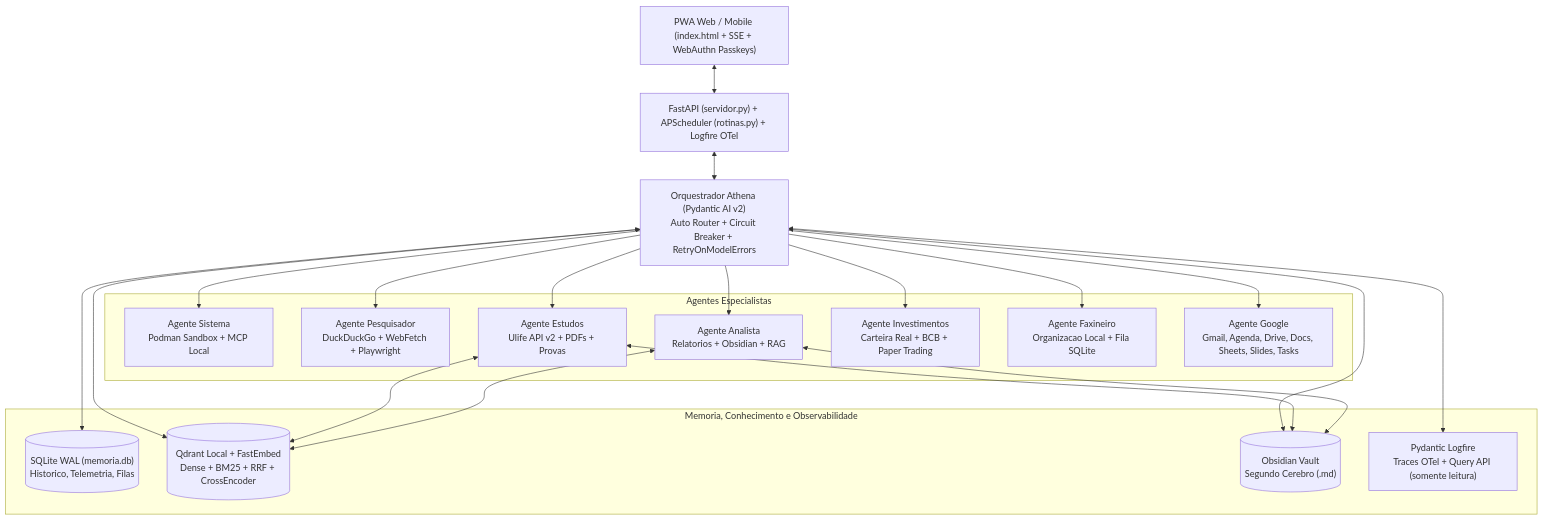
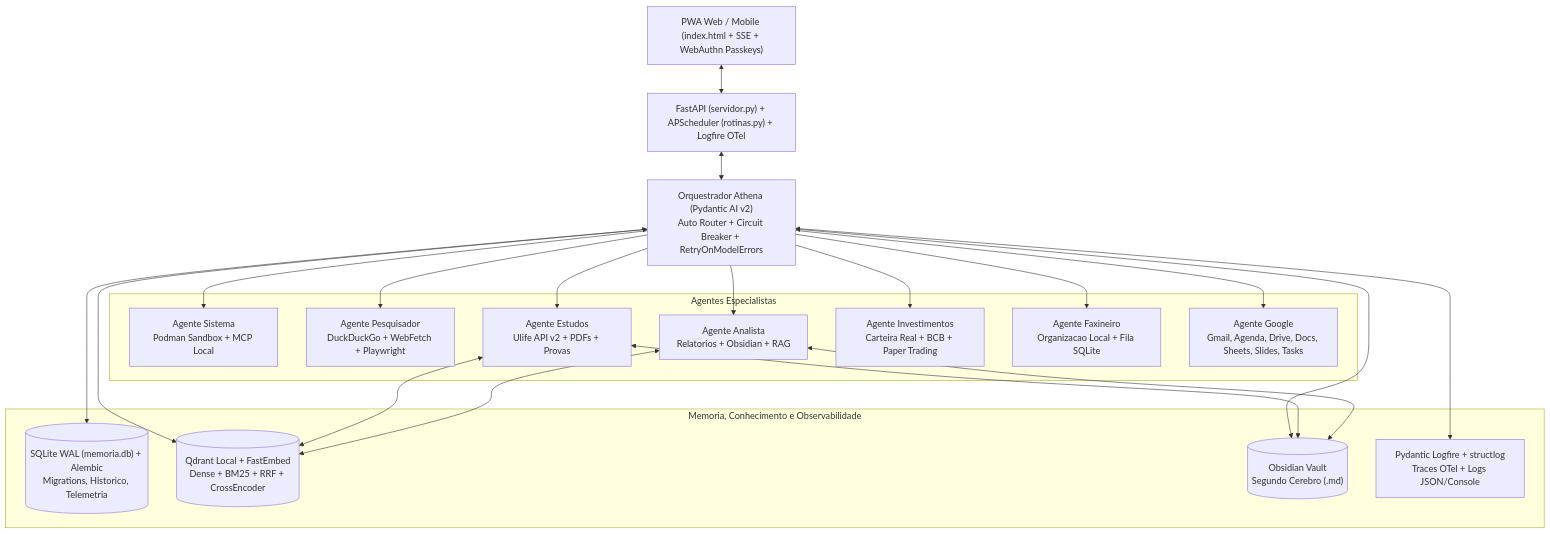
The diagram in README.md (williamdunbar1/athena), drawn with Mermaid before and after one commit. The commit also changed other lines of this file and 12 other files, not shown here.

Commit message:
feat: add structlog OpenTelemetry logging and Alembic SQLite migrations

````diff
--- a/README.md
+++ b/README.md
@@ -14,29 +14,29 @@
 ```mermaid
 flowchart TB
     UI["PWA Web / Mobile (index.html + SSE + WebAuthn Passkeys)"]
     API["FastAPI (servidor.py) + APScheduler (rotinas.py) + Logfire OTel"]
     ORQ["Orquestrador Athena (Pydantic AI v2)\nAuto Router + Circuit Breaker + RetryOnModelErrors"]
 
     subgraph Especialistas["Agentes Especialistas"]
         SYS["Agente Sistema\nPodman Sandbox + MCP Local"]
         PESQ["Agente Pesquisador\nDuckDuckGo + WebFetch + Playwright"]
         ANA["Agente Analista\nRelatorios + Obsidian + RAG"]
         EST["Agente Estudos\nUlife API v2 + PDFs + Provas"]
         INV["Agente Investimentos\nCarteira Real + BCB + Paper Trading"]
         FAX["Agente Faxineiro\nOrganizacao Local + Fila SQLite"]
         GOOG["Agente Google\nGmail, Agenda, Drive, Docs, Sheets, Slides, Tasks"]
     end
 
     subgraph Dados["Memoria, Conhecimento e Observabilidade"]
-        DB[("SQLite WAL (memoria.db)\nHistorico, Telemetria, Filas")]
+        DB[("SQLite WAL (memoria.db) + Alembic\nMigrations, Historico, Telemetria")]
         RAG[("Qdrant Local + FastEmbed\nDense + BM25 + RRF + CrossEncoder")]
         VAULT[("Obsidian Vault\nSegundo Cerebro (.md)")]
-        LF["Pydantic Logfire\nTraces OTel + Query API (somente leitura)"]
+        LF["Pydantic Logfire + structlog\nTraces OTel + Logs JSON/Console"]
     end
 
     UI <--> API
     API <--> ORQ
     ORQ --> SYS & PESQ & ANA & EST & INV & FAX & GOOG
     ORQ <--> DB & RAG & VAULT & LF
     EST & ANA <--> RAG & VAULT
 ```
````
